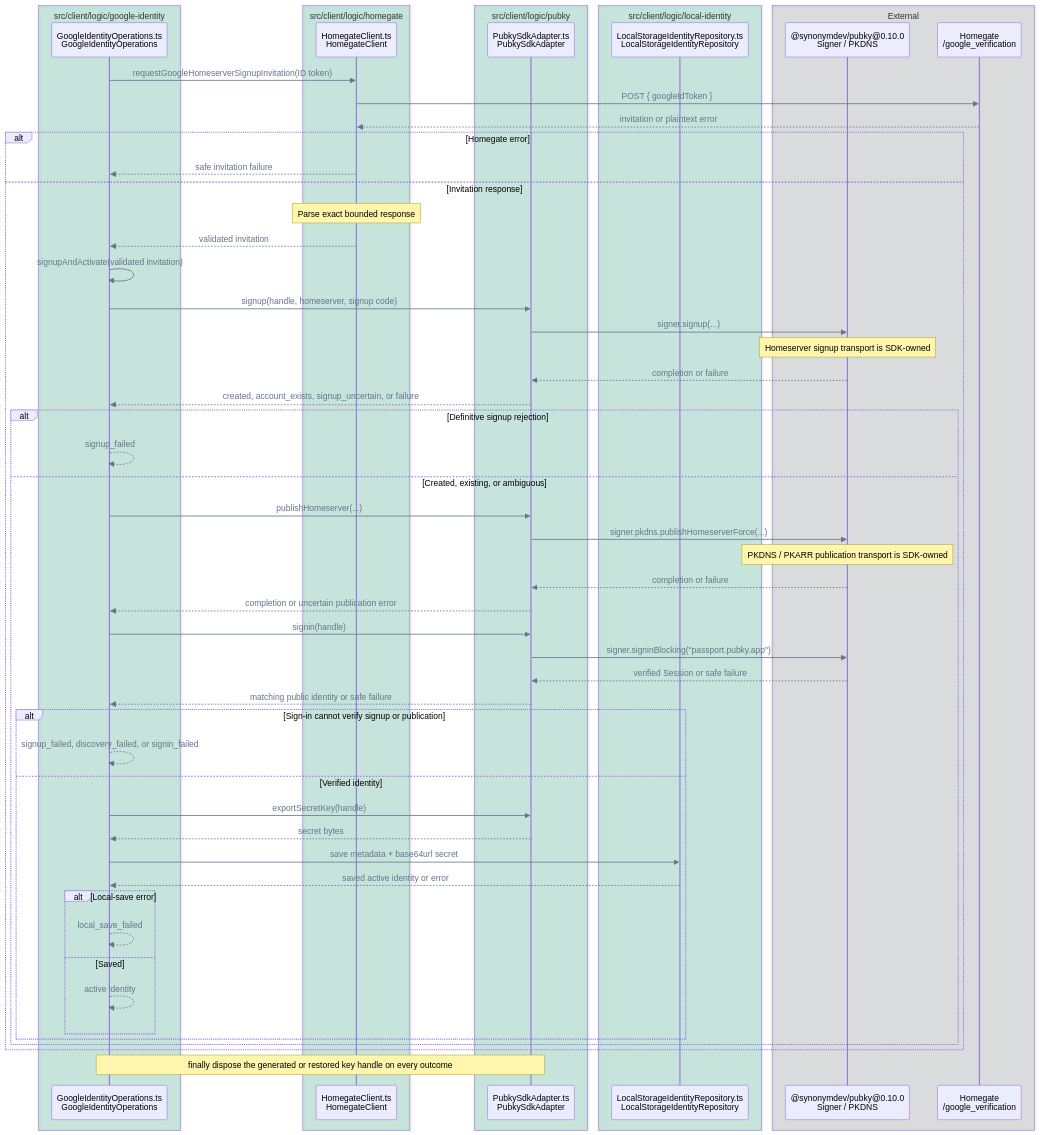
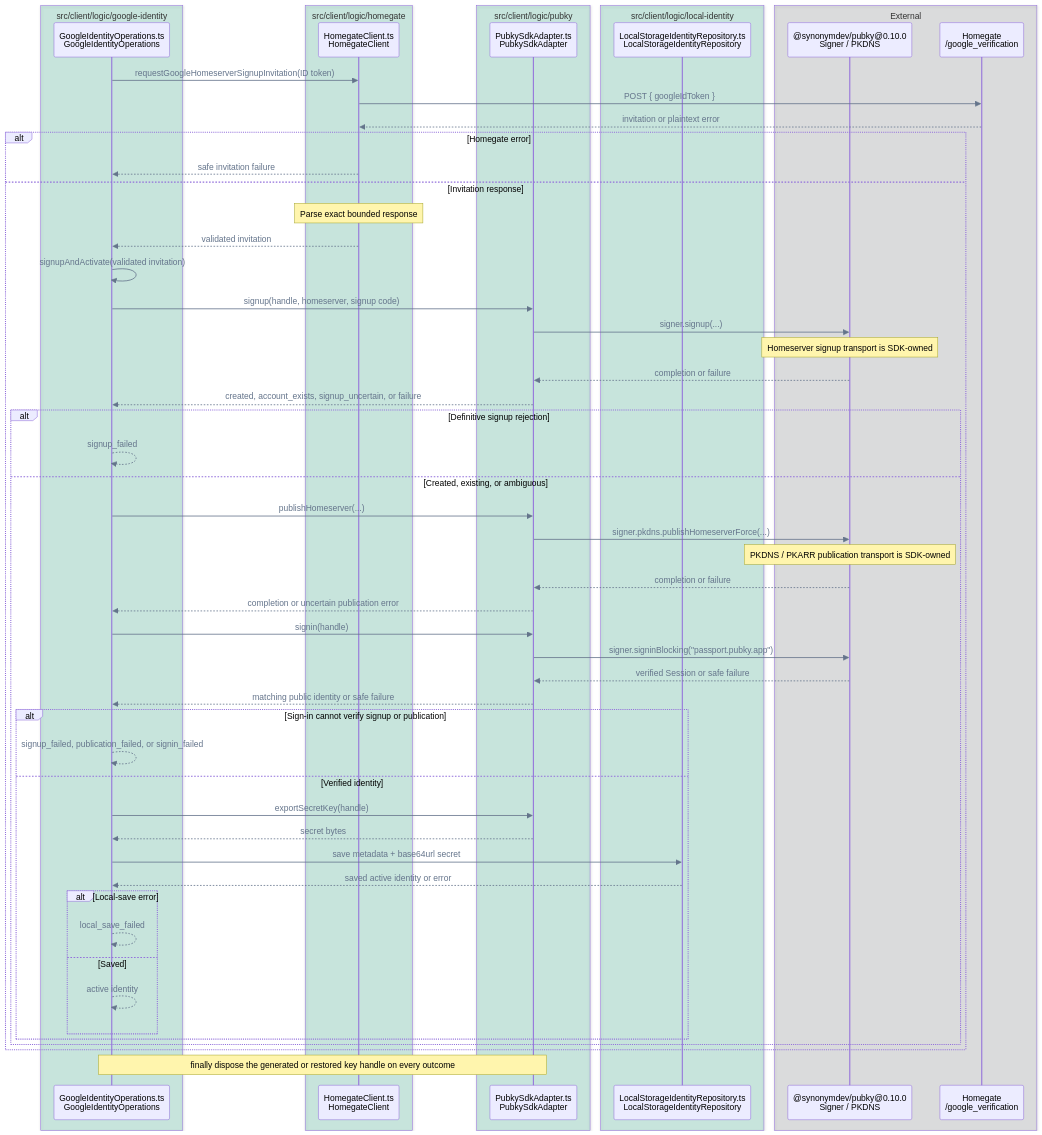
One commit to pubky/pubky-passport changed diagram 11 of 14 in FLOWS.md. Above: the diagram before and after it, drawn with Mermaid. The commit also changed other lines of this file and 85 other files, not shown here.

````diff
--- a/FLOWS.md
+++ b/FLOWS.md
@@ -531,65 +531,65 @@
 ```mermaid
 %%{init: {"themeVariables": {"signalColor": "#64748B", "signalTextColor": "#64748B"}}}%%
 sequenceDiagram
     accTitle: Missing identity activation and local save call flow
     accDescr: GoogleIdentityOperations requests a homeserver signup invitation, then uses its shared signup-and-activation method for both fresh creation and interrupted setup recovery.
     box rgba(0, 158, 115, 0.18) src/client/logic/google-identity
         participant Operations as GoogleIdentityOperations.ts<br/>GoogleIdentityOperations
     end
     box rgba(0, 158, 115, 0.18) src/client/logic/homegate
         participant Invite as HomegateClient.ts<br/>HomegateClient
     end
     box rgba(0, 158, 115, 0.18) src/client/logic/pubky
         participant Pubky as PubkySdkAdapter.ts<br/>PubkySdkAdapter
     end
     box rgba(0, 158, 115, 0.18) src/client/logic/local-identity
         participant Repo as LocalStorageIdentityRepository.ts<br/>LocalStorageIdentityRepository
     end
     box rgba(17, 24, 39, 0.12) External
         participant SDK as @synonymdev/pubky@0.10.0<br/>Signer / PKDNS
         participant Homegate as Homegate<br/>/google_verification
     end
 
     Operations->>Invite: requestGoogleHomeserverSignupInvitation(ID token)
     Invite->>Homegate: POST { googleIdToken }
     Homegate-->>Invite: invitation or plaintext error
     alt Homegate error
         Invite-->>Operations: safe invitation failure
     else Invitation response
         Note over Invite: Parse exact bounded response
         Invite-->>Operations: validated invitation
         Operations->>Operations: signupAndActivate(validated invitation)
         Operations->>Pubky: signup(handle, homeserver, signup code)
         Pubky->>SDK: signer.signup(...)
         Note over SDK: Homeserver signup transport is SDK-owned
         SDK-->>Pubky: completion or failure
         Pubky-->>Operations: created, account_exists, signup_uncertain, or failure
         alt Definitive signup rejection
             Operations-->>Operations: signup_failed
         else Created, existing, or ambiguous
             Operations->>Pubky: publishHomeserver(...)
             Pubky->>SDK: signer.pkdns.publishHomeserverForce(...)
             Note over SDK: PKDNS / PKARR publication transport is SDK-owned
             SDK-->>Pubky: completion or failure
             Pubky-->>Operations: completion or uncertain publication error
             Operations->>Pubky: signin(handle)
             Pubky->>SDK: signer.signinBlocking("passport.pubky.app")
             SDK-->>Pubky: verified Session or safe failure
             Pubky-->>Operations: matching public identity or safe failure
             alt Sign-in cannot verify signup or publication
-                Operations-->>Operations: signup_failed, discovery_failed, or signin_failed
+                Operations-->>Operations: signup_failed, publication_failed, or signin_failed
             else Verified identity
                 Operations->>Pubky: exportSecretKey(handle)
                 Pubky-->>Operations: secret bytes
                 Operations->>Repo: save metadata + base64url secret
                 Repo-->>Operations: saved active identity or error
                 alt Local-save error
                     Operations-->>Operations: local_save_failed
                 else Saved
                     Operations-->>Operations: active identity
                 end
             end
         end
     end
     Note over Operations,Pubky: finally dispose the generated or restored key handle on every outcome
 ```
````
